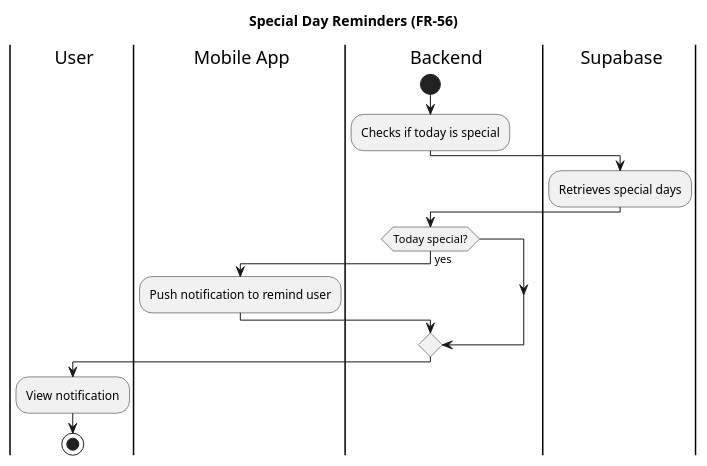
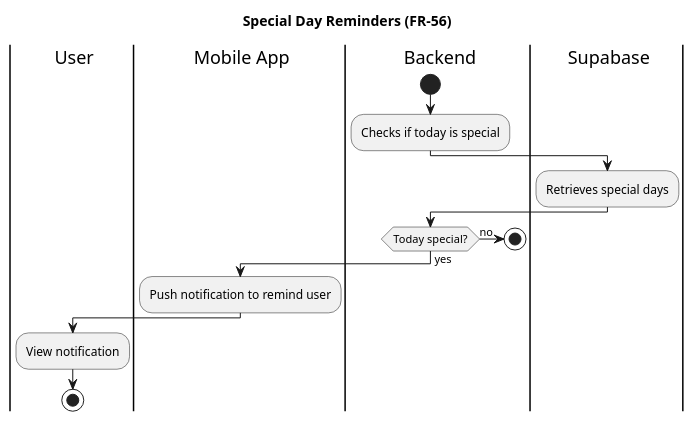
One commit to owencooke/memento changed the diagram in docs/activity/special-day-reminders.puml. Above: the diagram before and after it, drawn with PlantUML.

Commit message:
if not special day then stop

```diff
--- a/docs/activity/special-day-reminders.puml
+++ b/docs/activity/special-day-reminders.puml
@@ -1,26 +1,29 @@
 @startuml
 title Special Day Reminders (FR-56)
 
 |user| User
 |mobile| Mobile App
 |backend| Backend
 |db| Supabase
 
 |backend|
 start
 :Checks if today is special;
 
 |db|
 :Retrieves special days;
 
 |backend|
 if (Today special?) is (yes) then
   |mobile|
   :Push notification to remind user;
+else (no)
+  |backend|
+  stop
 endif
 
 |user|
 :View notification;
 
 stop
 @enduml
```
